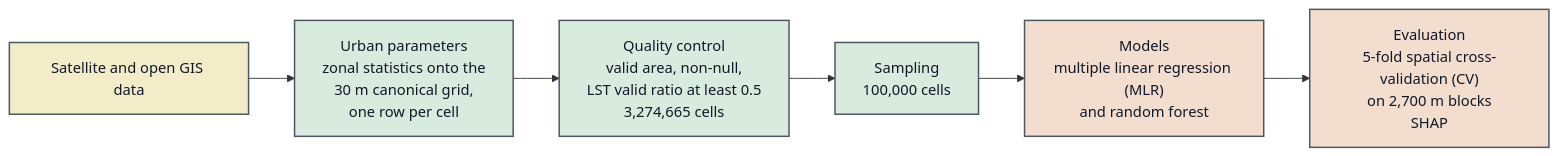
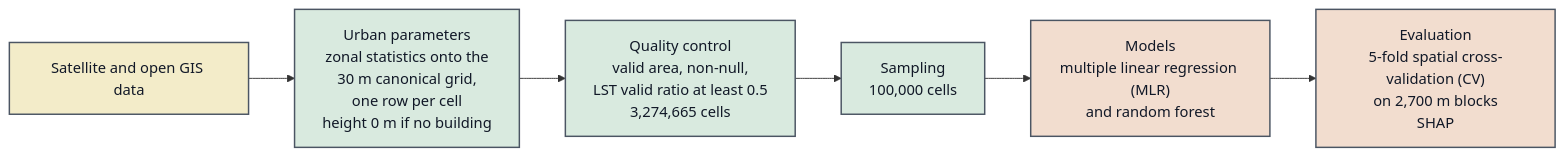
Before and after one commit to HitsujiNeko/MasterResearch: the diagram in docs/03_results/fig4_limited_workflow_poster.mmd, drawn with Mermaid. The commit also changed 1 other file, not shown here.

Commit message:
fix: 結論の寄与表現とワークフロー図の補完段階を直す (#285)
パネル6の結論2は分光指数が信号の大半を担うと述べていたが、mean |SHAP|
の総和 2.573 に対する分光指数3変数の合計は 1.105（42.9%）であり、最大の
群ではあっても過半ではない。割合を明示する表現へ改める。

ワークフロー図に建物高さ0m補完の行を加える。補完は品質フィルタより前に
適用され母集団に残るセルを変えるが、どの段階の処理かを図が示していな
かった。図が1行分高くなった結果パラメータ図6点が 29 から 27mm へ縮み、
キャプションが枠外へ出たため、キャプション枠を図枠と分けて広げる。

```diff
--- a/docs/03_results/fig4_limited_workflow_poster.mmd
+++ b/docs/03_results/fig4_limited_workflow_poster.mmd
@@ -1,20 +1,20 @@
 ---
 config:
   layout: fixed
 ---
 flowchart LR
-    I["Satellite and open GIS data"] --> P["Urban parameters<br>zonal statistics onto the<br>30 m canonical grid,<br>one row per cell"]
+    I["Satellite and open GIS data"] --> P["Urban parameters<br>zonal statistics onto the<br>30 m canonical grid,<br>one row per cell<br>height 0 m if no building"]
     P --> Q["Quality control<br>valid area, non-null,<br>LST valid ratio at least 0.5<br>3,274,665 cells"]
     Q --> S["Sampling<br>100,000 cells"]
     S --> M["Models<br>multiple linear regression (MLR)<br>and random forest"]
     M --> E["Evaluation<br>5-fold spatial cross-validation (CV)<br>on 2,700 m blocks<br>SHAP"]
 
      I:::input
      P:::process
      Q:::process
      S:::process
      M:::result
      E:::result
     classDef input fill:#f3ecc9,stroke:#4b5563,stroke-width:1.6px,color:#111827
     classDef process fill:#d9eadf,stroke:#4b5563,stroke-width:1.6px,color:#111827
     classDef result fill:#f2ddcf,stroke:#4b5563,stroke-width:1.6px,color:#111827
```
